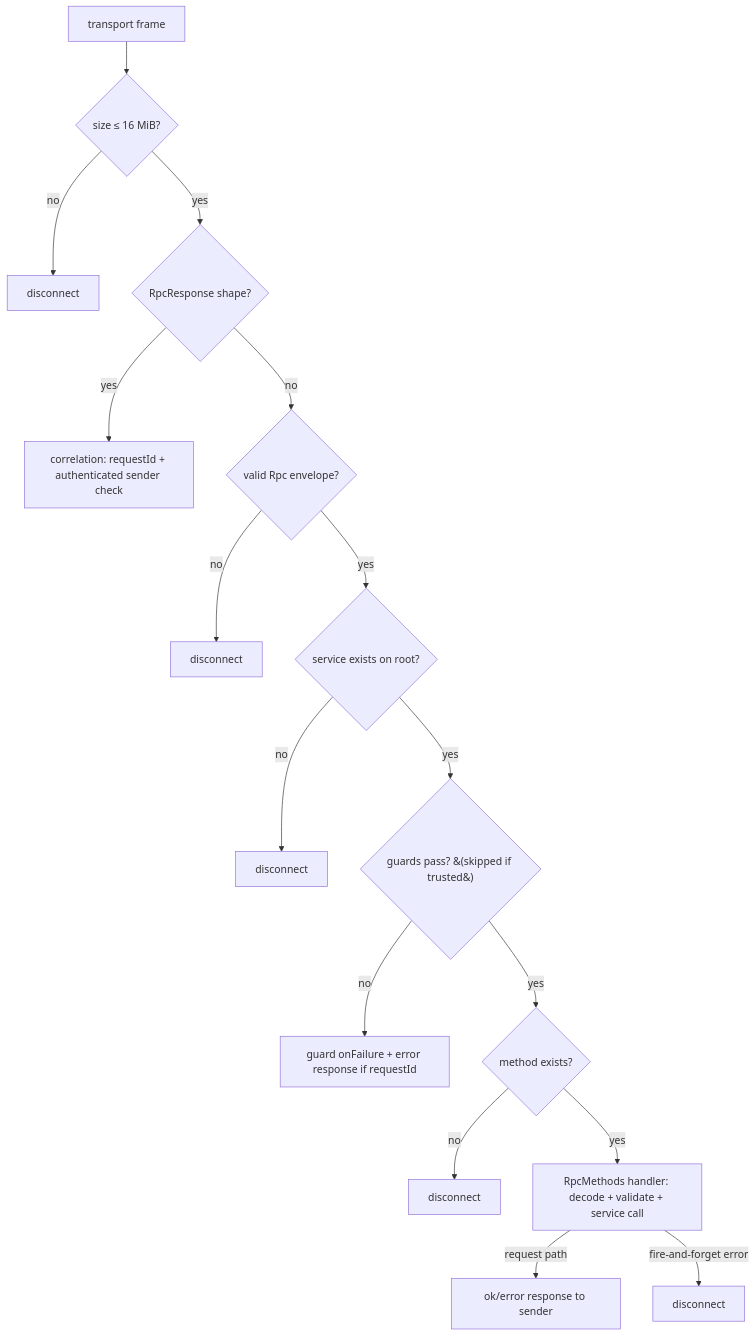
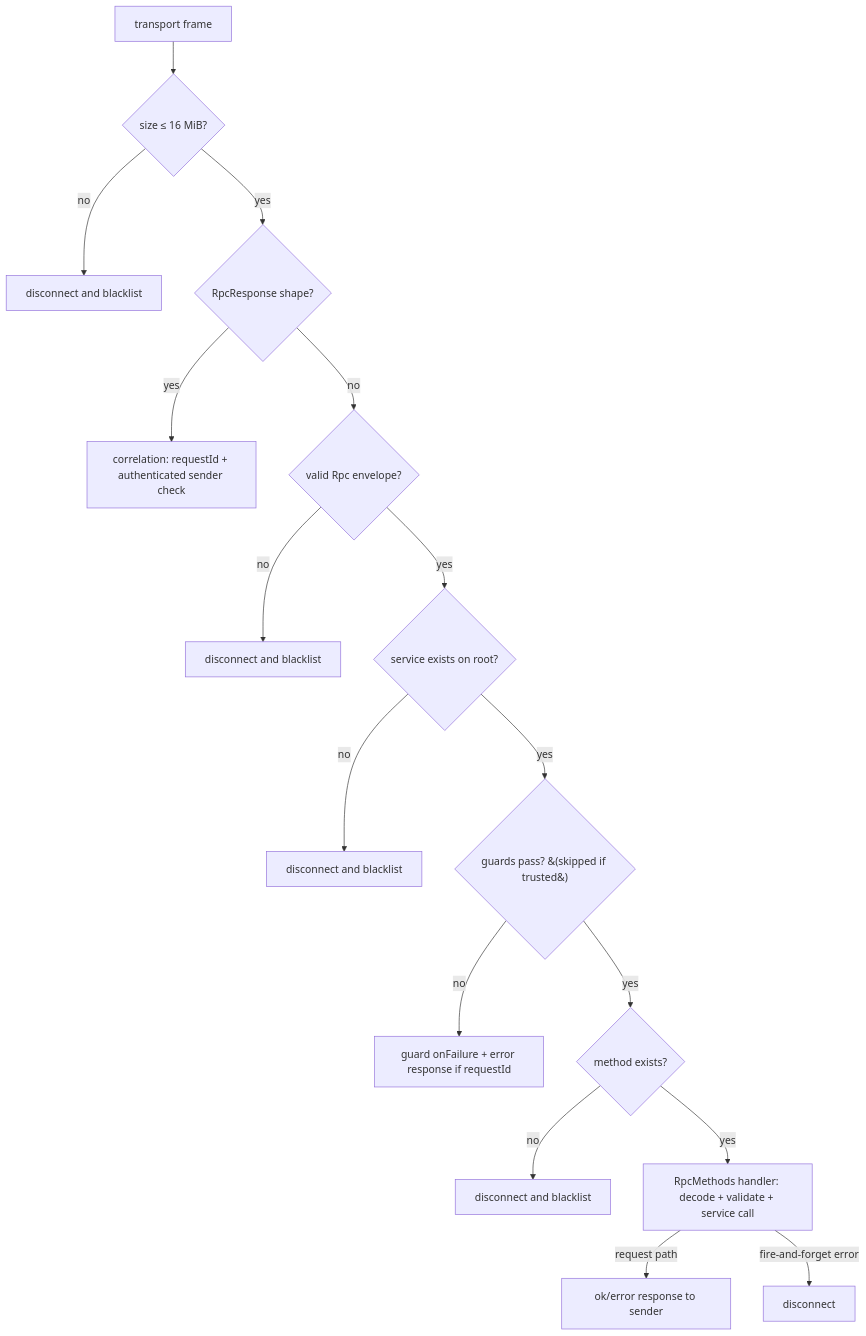
The diagram in docs/spec/implementation/views/architecture/sdk/rpc/README.md (peer3to/state-channels-plus), drawn with Mermaid before and after one commit. The commit also changed other lines of this file and 980 other files, not shown here.

````diff
--- a/docs/spec/implementation/views/architecture/sdk/rpc/README.md
+++ b/docs/spec/implementation/views/architecture/sdk/rpc/README.md
@@ -388,18 +417,18 @@
 ```mermaid
 flowchart TD
     F[transport frame] --> S{size ≤ 16 MiB?}
-    S -- no --> D1[disconnect]
+    S -- no --> D1[disconnect and blacklist]
     S -- yes --> R{RpcResponse shape?}
     R -- yes --> C[correlation: requestId + authenticated sender check]
     R -- no --> E{valid Rpc envelope?}
-    E -- no --> D2[disconnect]
+    E -- no --> D2[disconnect and blacklist]
     E -- yes --> SV{service exists on root?}
-    SV -- no --> D3[disconnect]
+    SV -- no --> D3[disconnect and blacklist]
     SV -- yes --> G{guards pass? &#40;skipped if trusted&#41;}
     G -- no --> GF[guard onFailure + error response if requestId]
     G -- yes --> M{method exists?}
-    M -- no --> D4[disconnect]
+    M -- no --> D4[disconnect and blacklist]
     M -- yes --> H[RpcMethods handler: decode + validate + service call]
     H -- request path --> RESP[ok/error response to sender]
     H -- fire-and-forget error --> D5[disconnect]
 ```
````
